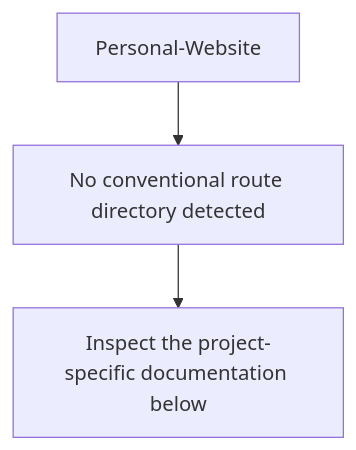
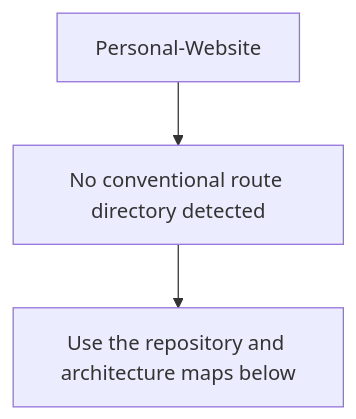
One commit to Nischhalsubba/Personal-Website changed the second of 5 diagrams in README.md. Above: the diagram before and after it, drawn with Mermaid. The commit also changed other lines of this file, not shown here.

````diff
--- a/README.md
+++ b/README.md
@@ -45,6 +79,6 @@
 ```mermaid
 flowchart TD
     APP["Personal-Website"]
     APP --> SOURCE["No conventional route directory detected"]
-    SOURCE --> VERIFY["Inspect the project-specific documentation below"]
+    SOURCE --> GUIDE["Use the repository and architecture maps below"]
 ```
````
